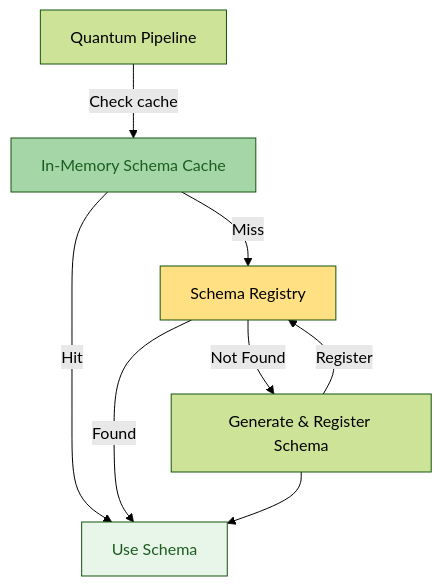
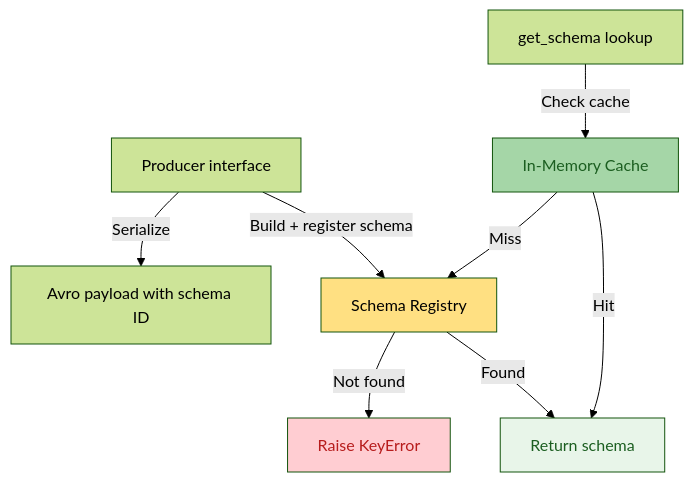
One commit to straightchlorine/quantum-pipeline changed the first of 2 diagrams in docs/architecture/serialization.md. Above: the diagram before and after it, drawn with Mermaid (forest theme). The commit also changed other lines of this file and 27 other files, not shown here.

````diff
--- a/docs/architecture/serialization.md
+++ b/docs/architecture/serialization.md
@@ -36,14 +38,16 @@
 ```mermaid
 graph TD
-    APP[Quantum Pipeline] -->| Check cache | CACHE[In-Memory Schema Cache]
-    CACHE -->|Hit| USE[Use Schema]
-    CACHE -->|Miss| SR[Schema Registry]
+    PROD[Producer interface] -->|Build + register schema| SR[Schema Registry]
+    PROD -->|Serialize| MSG[Avro payload with schema ID]
+
+    LOOKUP[get_schema lookup] -->|Check cache| CACHE[In-Memory Cache]
+    CACHE -->|Hit| USE[Return schema]
+    CACHE -->|Miss| SR
     SR -->|Found| USE
-    SR -->|Not Found| GEN[Generate & Register Schema]
-    GEN -->|Register| SR
-    GEN --> USE
+    SR -->|Not found| ERR[Raise KeyError]
 
     style CACHE fill:#a5d6a7,color:#1b5e20
     style SR fill:#ffe082,color:#000
     style USE fill:#e8f5e9,color:#1b5e20
+    style ERR fill:#ffcdd2,color:#b71c1c
 ```
````
